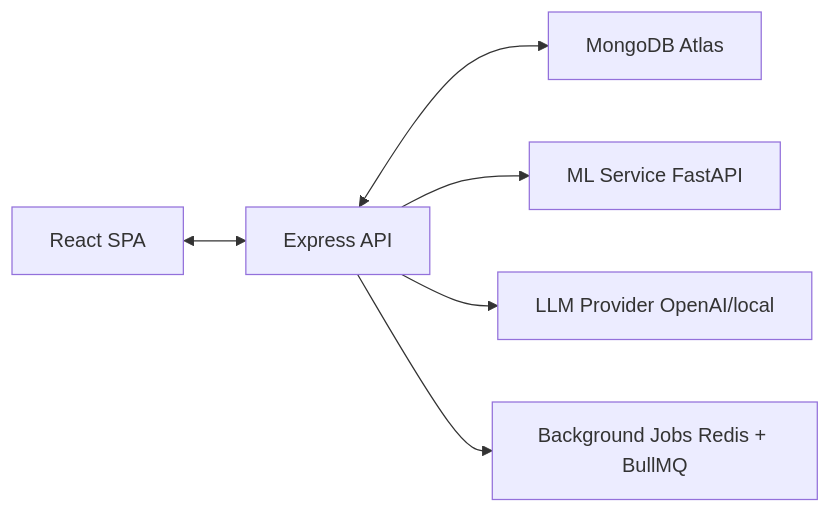
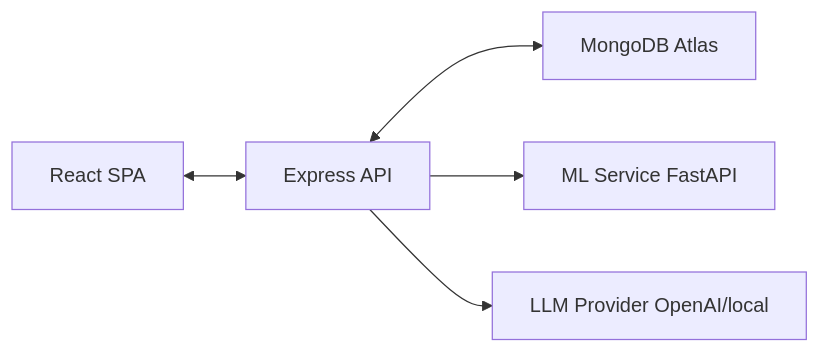
The diagram in README.md (Harsh-Sharma-0001/AlgoTrackr), drawn with Mermaid before and after one commit. The commit also changed other lines of this file, not shown here.

````diff
--- a/README.md
+++ b/README.md
@@ -88,8 +85,7 @@
 ```mermaid
 graph LR
     User[React SPA] <--> API[Express API]
     API <--> DB[MongoDB Atlas]
     API --> ML[ML Service FastAPI]
     API --> LLM[LLM Provider OpenAI/local]
-    API --> Job[Background Jobs Redis + BullMQ]
 ```
````
